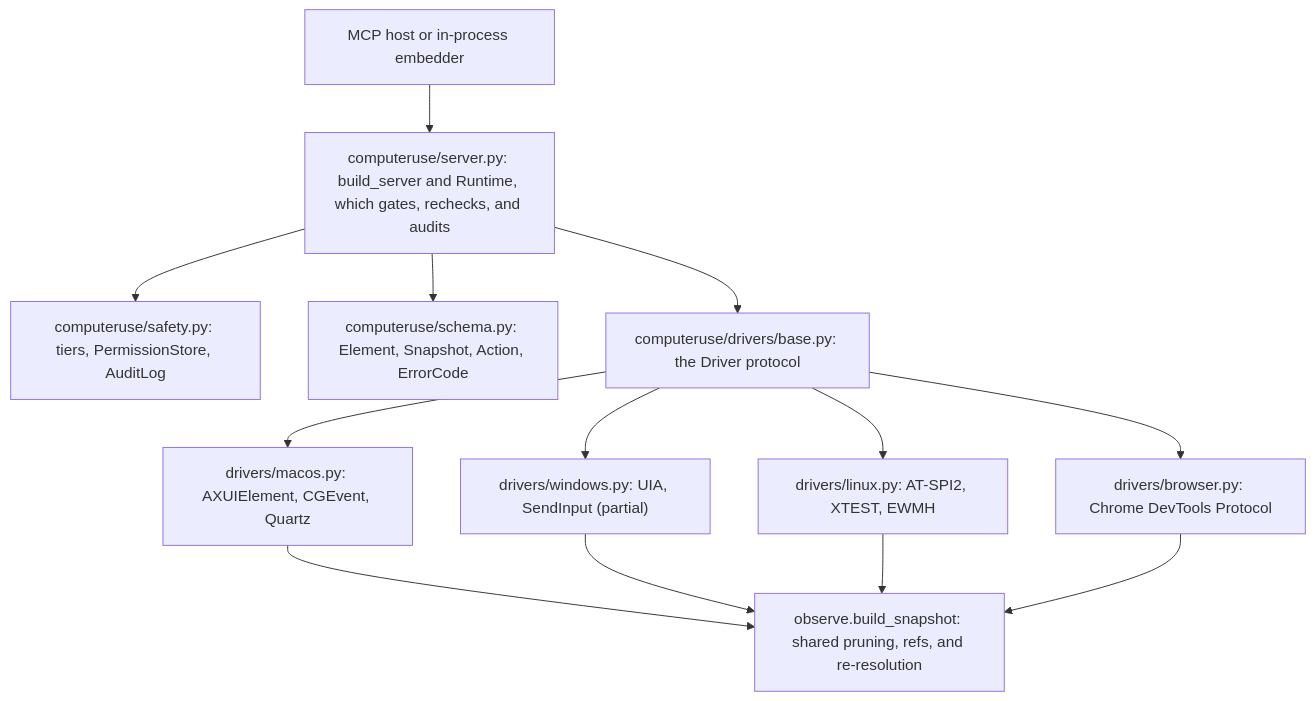
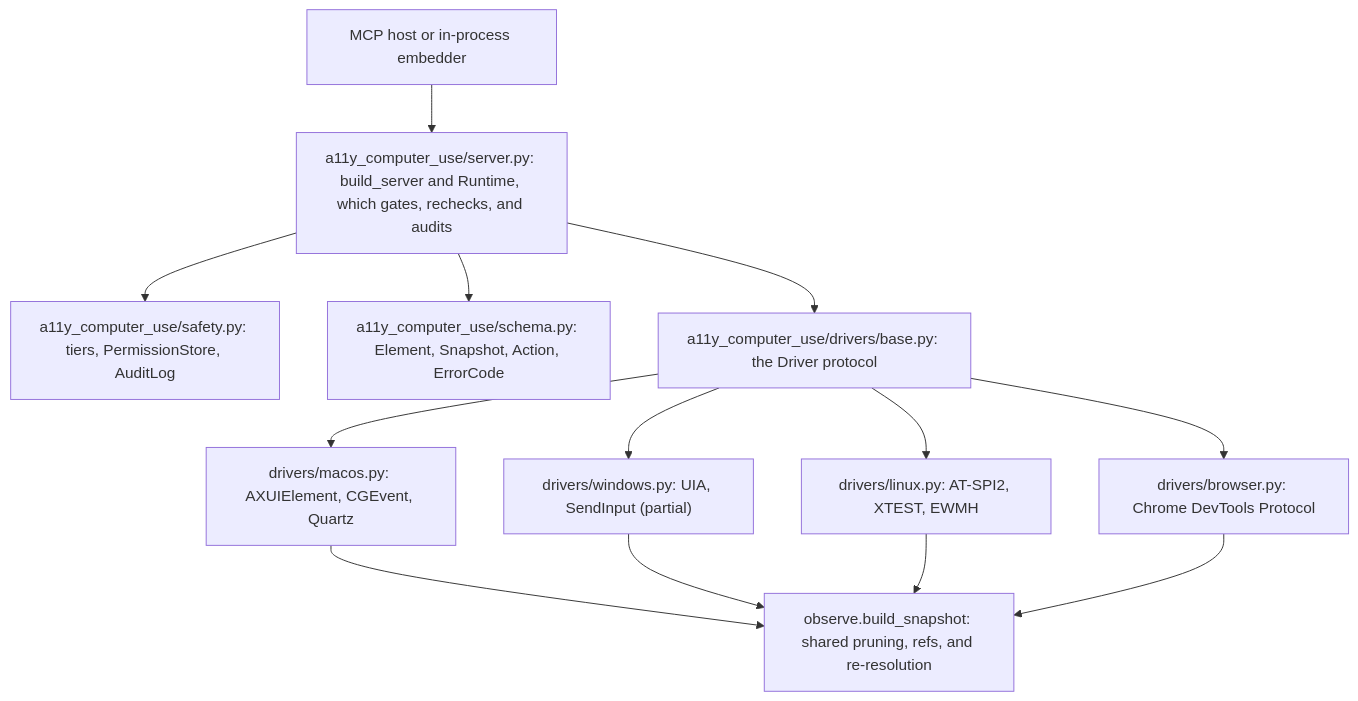
Before and after one commit to Perception-Dynamics-Inc/a11y-computer-use: the diagram in CONTRIBUTING.md, drawn with Mermaid. The commit also changed other lines of this file and 176 other files, not shown here.

````diff
--- a/CONTRIBUTING.md
+++ b/CONTRIBUTING.md
@@ -205,15 +205,15 @@
 ```mermaid
 flowchart TD
-    host["MCP host or in-process embedder"] --> server["computeruse/server.py: build_server and Runtime, which gates, rechecks, and audits"]
-    server --> safety["computeruse/safety.py: tiers, PermissionStore, AuditLog"]
-    server --> schema["computeruse/schema.py: Element, Snapshot, Action, ErrorCode"]
-    server --> driver["computeruse/drivers/base.py: the Driver protocol"]
+    host["MCP host or in-process embedder"] --> server["a11y_computer_use/server.py: build_server and Runtime, which gates, rechecks, and audits"]
+    server --> safety["a11y_computer_use/safety.py: tiers, PermissionStore, AuditLog"]
+    server --> schema["a11y_computer_use/schema.py: Element, Snapshot, Action, ErrorCode"]
+    server --> driver["a11y_computer_use/drivers/base.py: the Driver protocol"]
     driver --> macos["drivers/macos.py: AXUIElement, CGEvent, Quartz"]
     driver --> windows["drivers/windows.py: UIA, SendInput (partial)"]
     driver --> linux["drivers/linux.py: AT-SPI2, XTEST, EWMH"]
     driver --> browser["drivers/browser.py: Chrome DevTools Protocol"]
     macos --> engine["observe.build_snapshot: shared pruning, refs, and re-resolution"]
     windows --> engine
     linux --> engine
     browser --> engine
 ```
````
